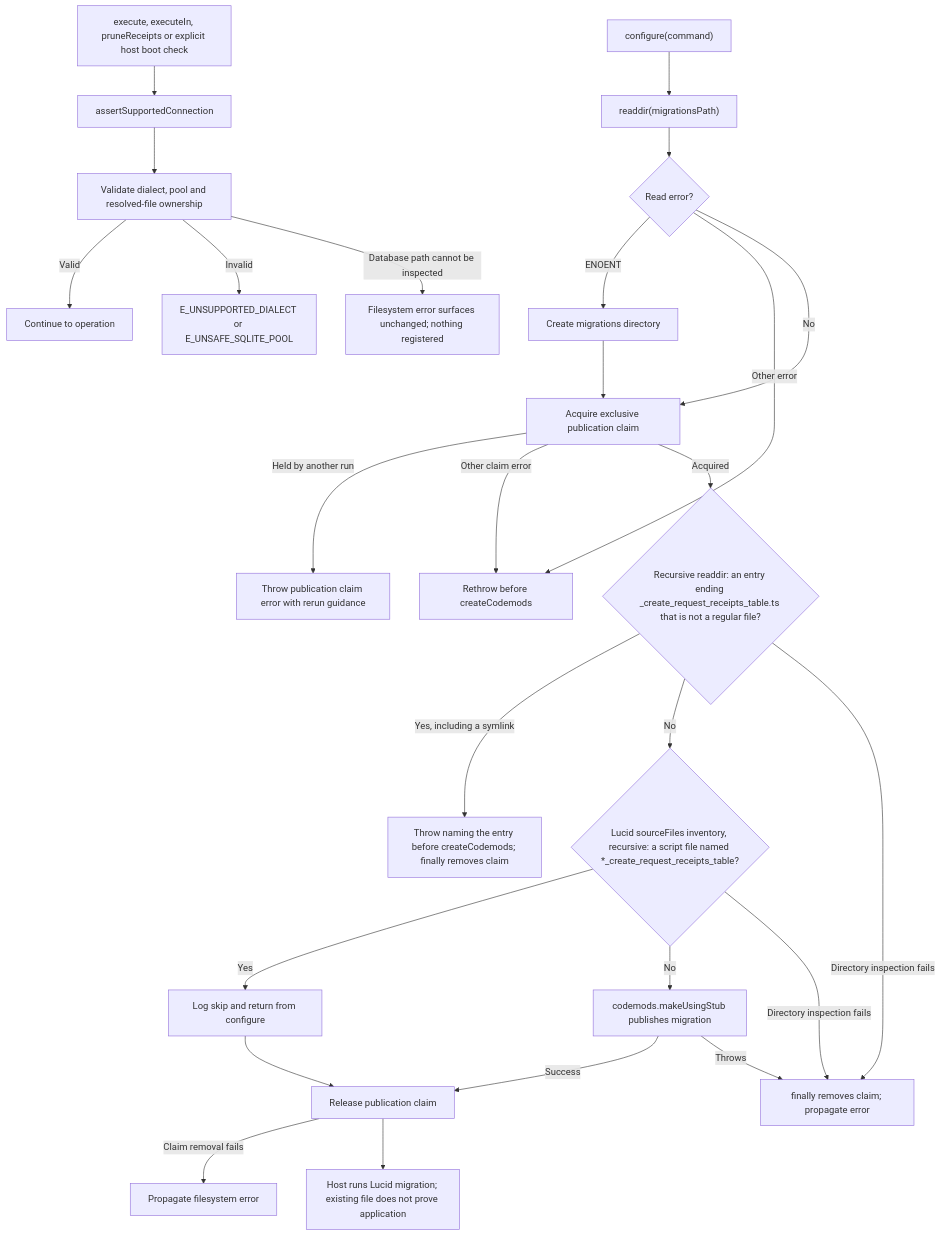
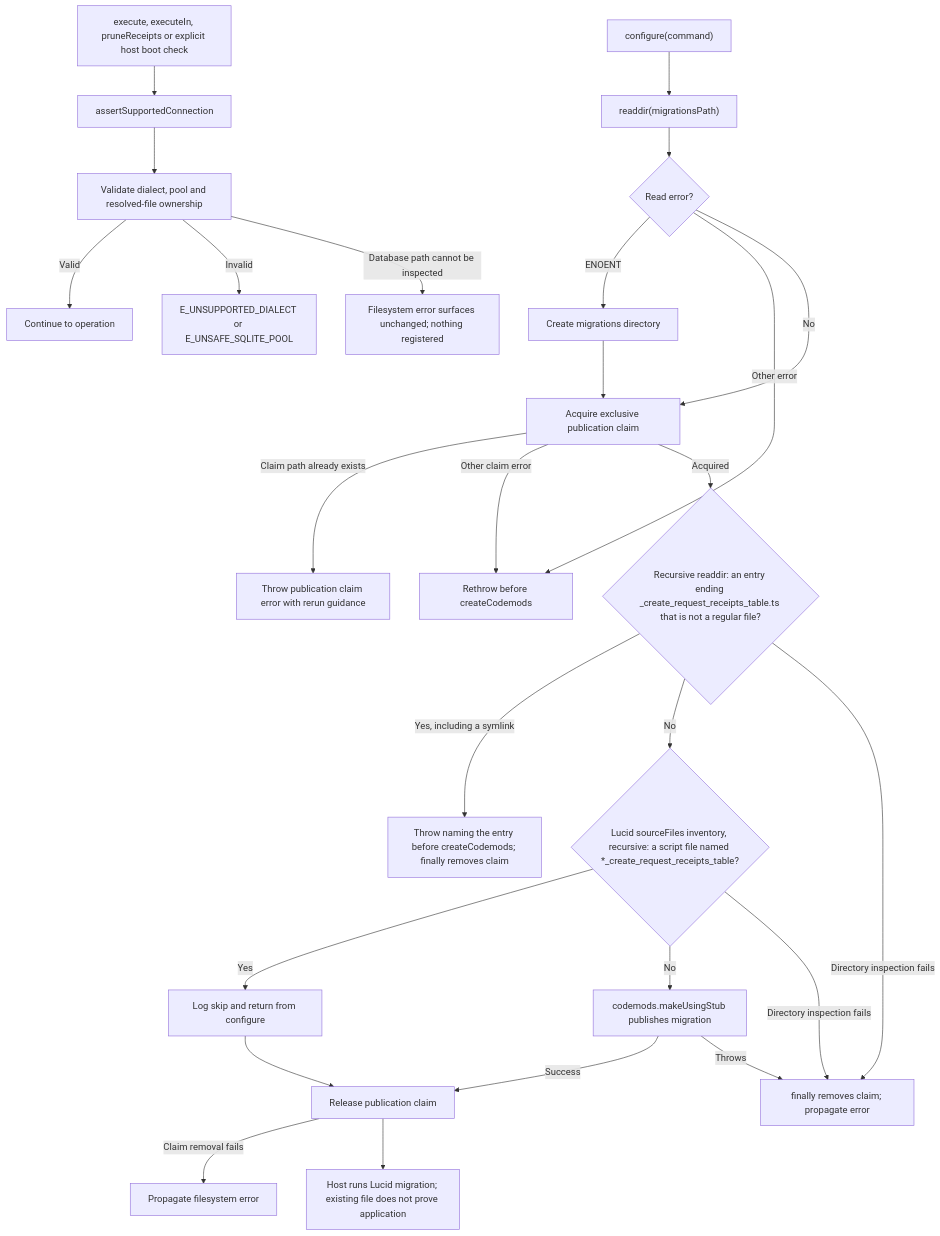
The second of 2 diagrams in user-stories/US-GUARD-04-operate-receipts.md (Kevinjohn/oss-adonisjs-duplicate-request-guard), drawn with Mermaid before and after one commit.

Commit message:
Refresh the user story catalogue

````diff
--- a/user-stories/US-GUARD-04-operate-receipts.md
+++ b/user-stories/US-GUARD-04-operate-receipts.md
@@ -54,28 +54,28 @@
 ```mermaid
 flowchart TD
     A["configure(command)"] --> B["readdir(migrationsPath)"]
     B --> R{"Read error?"}
     R -->|ENOENT| K["Create migrations directory"]
     K --> L["Acquire exclusive publication claim"]
     R -->|Other error| X["Rethrow before createCodemods"]
     R -->|No| L
-    L -->|Held by another run| Z["Throw publication claim error with rerun guidance"]
+    L -->|Claim path already exists| Z["Throw publication claim error with rerun guidance"]
     L -->|Other claim error| X
     L -->|Acquired| N{"Recursive readdir: an entry ending _create_request_receipts_table.ts that is not a regular file?"}
     N -->|Yes, including a symlink| Y["Throw naming the entry before createCodemods; finally removes claim"]
     N -->|No| C{"Lucid sourceFiles inventory, recursive: a script file named *_create_request_receipts_table?"}
     C -->|Yes| D["Log skip and return from configure"]
     D --> T["Release publication claim"]
     C -->|No| E["codemods.makeUsingStub publishes migration"]
     E -->|Success| T
     E -->|Throws| P["finally removes claim; propagate error"]
     N -->|Directory inspection fails| P
     C -->|Directory inspection fails| P
     T -->|Claim removal fails| W["Propagate filesystem error"]
     T --> F["Host runs Lucid migration; existing file does not prove application"]
     G["execute, executeIn, pruneReceipts or explicit host boot check"] --> H["assertSupportedConnection"]
     H --> I["Validate dialect, pool and resolved-file ownership"]
     I -->|Valid| J["Continue to operation"]
     I -->|Invalid| Q["E_UNSUPPORTED_DIALECT or E_UNSAFE_SQLITE_POOL"]
     I -->|Database path cannot be inspected| Q2["Filesystem error surfaces unchanged; nothing registered"]
 ```
````
